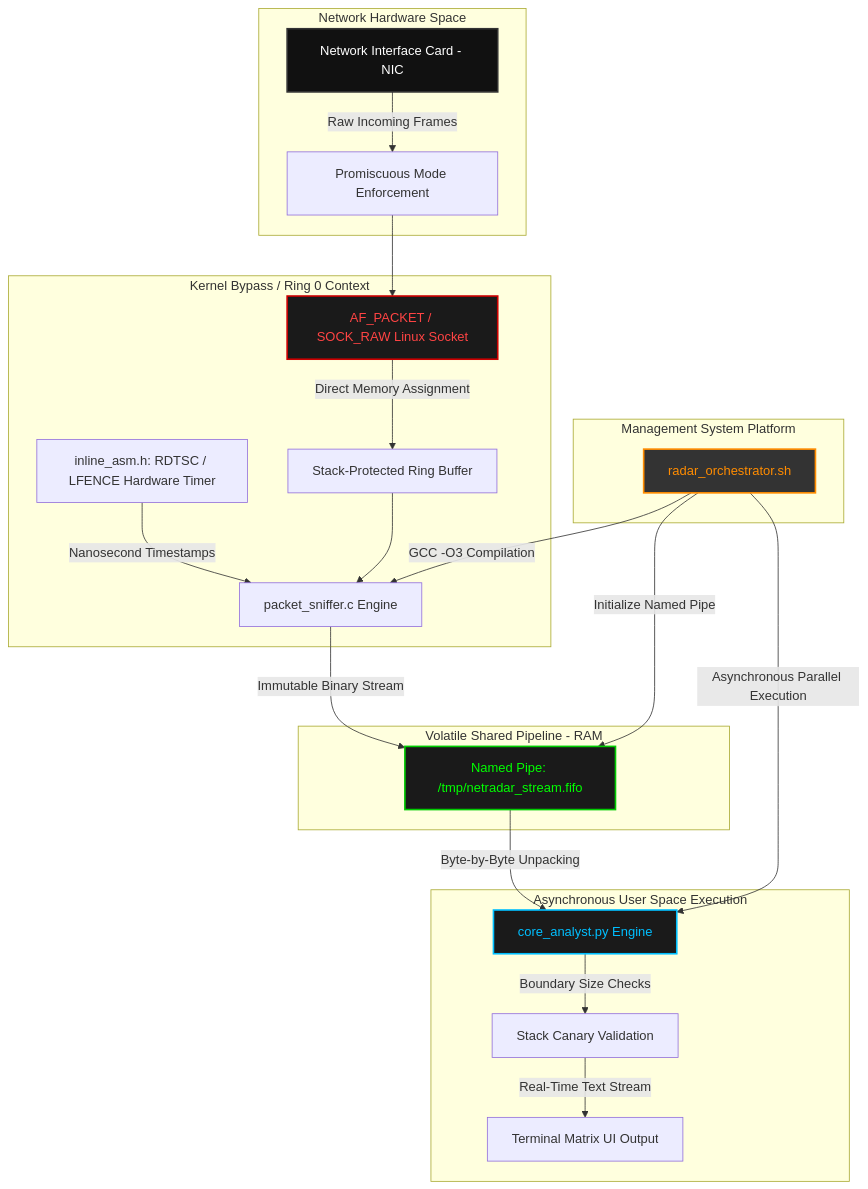
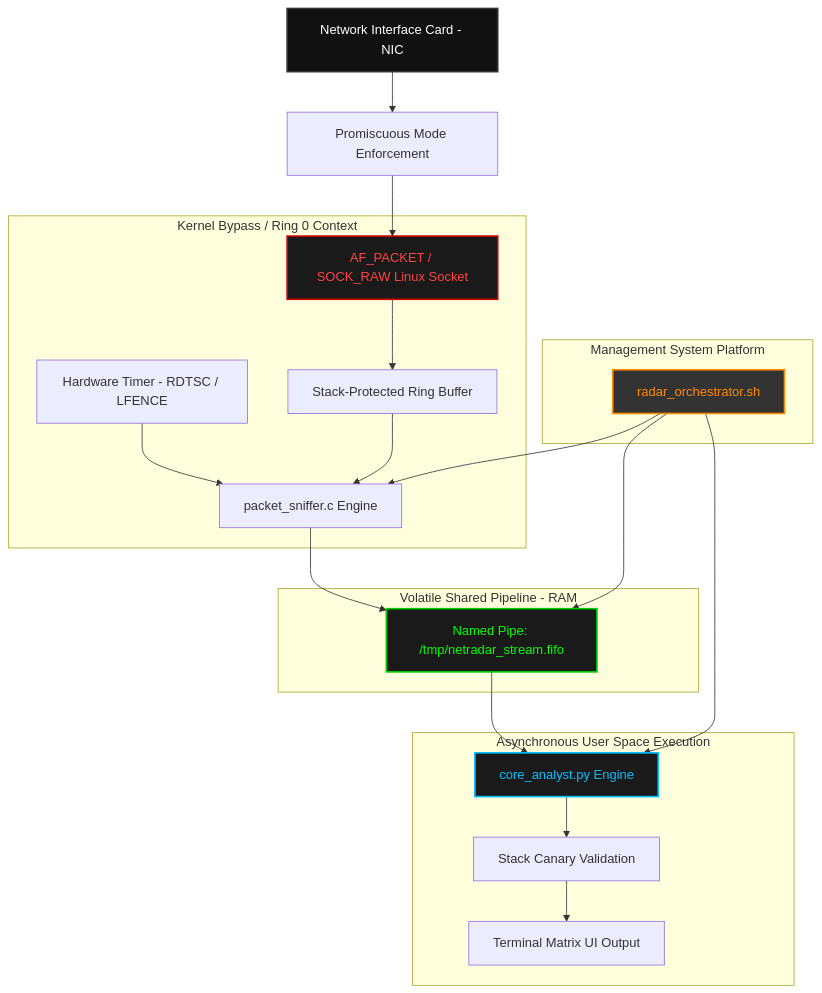
Before and after one commit to boutaba-motezeballah/Boutaba-NetRadar-Suite: the diagram in README.md, drawn with Mermaid. The commit also changed other lines of this file, not shown here.

````diff
--- a/README.md
+++ b/README.md
@@ -13,41 +13,39 @@
 ```mermaid
 graph TD
-    %% Base Infrastructure Layer
-    subgraph Layer0 [Network Hardware Space]
-        NIC[Network Interface Card - NIC] -->|Raw Incoming Frames| Promisc[Promiscuous Mode Enforcement]
-    end
+    %% Hardware Space
+    NIC[Network Interface Card - NIC] --> Promisc[Promiscuous Mode Enforcement]
+    Promisc --> RawSock[AF_PACKET / SOCK_RAW Linux Socket]
 
-    %% Low-Level Kernel / C Layer
-    subgraph Layer1 [Kernel Bypass / Ring 0 Context]
-        RawSock[AF_PACKET / SOCK_RAW Linux Socket] -->|Direct Memory Assignment| Buffer[Stack-Protected Ring Buffer]
-        Timer[inline_asm.h: RDTSC / LFENCE Hardware Timer] -->|Nanosecond Timestamps| PacketC[packet_sniffer.c Engine]
-        Promisc --> RawSock
+    %% Kernel Space
+    subgraph Kernel_Context [Kernel Bypass / Ring 0 Context]
+        RawSock --> Buffer[Stack-Protected Ring Buffer]
+        Timer[Hardware Timer - RDTSC / LFENCE] --> PacketC[packet_sniffer.c Engine]
         Buffer --> PacketC
     end
 
-    %% IPC Memory Bridge
-    subgraph Layer2 [Volatile Shared Pipeline - RAM]
-        PacketC -->|Immutable Binary Stream| FIFO[Named Pipe: /tmp/netradar_stream.fifo]
+    %% Memory Bridge
+    subgraph Shared_Pipeline [Volatile Shared Pipeline - RAM]
+        PacketC --> FIFO[Named Pipe: /tmp/netradar_stream.fifo]
     end
 
-    %% High-Level Logic Layer
-    subgraph Layer3 [Asynchronous User Space Execution]
-        FIFO -->|Byte-by-Byte Unpacking| CorePy[core_analyst.py Engine]
-        CorePy -->|Boundary Size Checks| Canary[Stack Canary Validation]
-        Canary -->|Real-Time Text Stream| Terminal[Terminal Matrix UI Output]
+    %% User Space
+    subgraph User_Space [Asynchronous User Space Execution]
+        FIFO --> CorePy[core_analyst.py Engine]
+        CorePy --> Canary[Stack Canary Validation]
+        Canary --> Terminal[Terminal Matrix UI Output]
     end
 
-    %% Master Orchestration Layer
-    subgraph Layer4 [Management System Platform]
-        Bash[radar_orchestrator.sh] -->|GCC -O3 Compilation| PacketC
-        Bash -->|Initialize Named Pipe| FIFO
-        Bash -->|Asynchronous Parallel Execution| CorePy
+    %% Orchestration
+    subgraph Management_Platform [Management System Platform]
+        Bash[radar_orchestrator.sh] --> PacketC
+        Bash --> FIFO
+        Bash --> CorePy
     end
 
-    %% Styling and Architecture Layout Colors
+    %% Theme Styling
     style NIC fill:#111,stroke:#333,stroke-width:2px,color:#fff
     style RawSock fill:#1a1a1a,stroke:#c00,stroke-width:2px,color:#ff4444
     style FIFO fill:#1a1a1a,stroke:#0c0,stroke-width:2px,color:#00ff00
     style CorePy fill:#1a1a1a,stroke:#00bfff,stroke-width:2px,color:#00bfff
     style Bash fill:#333,stroke:#ff8c00,stroke-width:2px,color:#ff8c00
 ```
````
